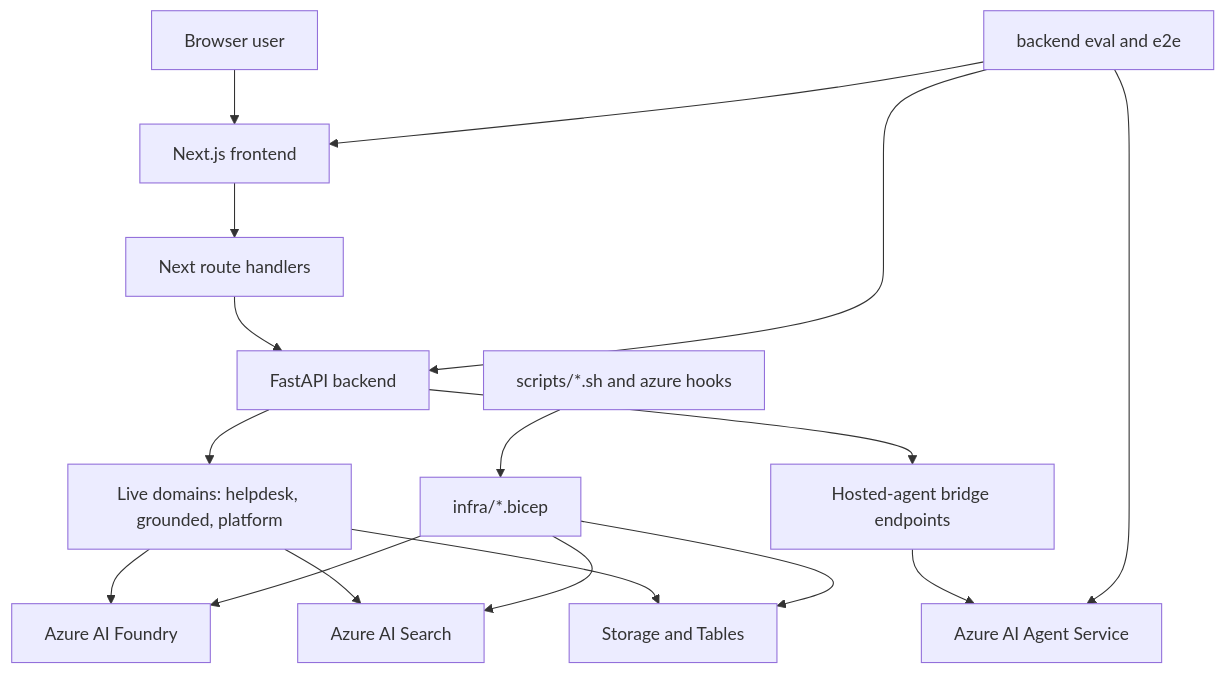
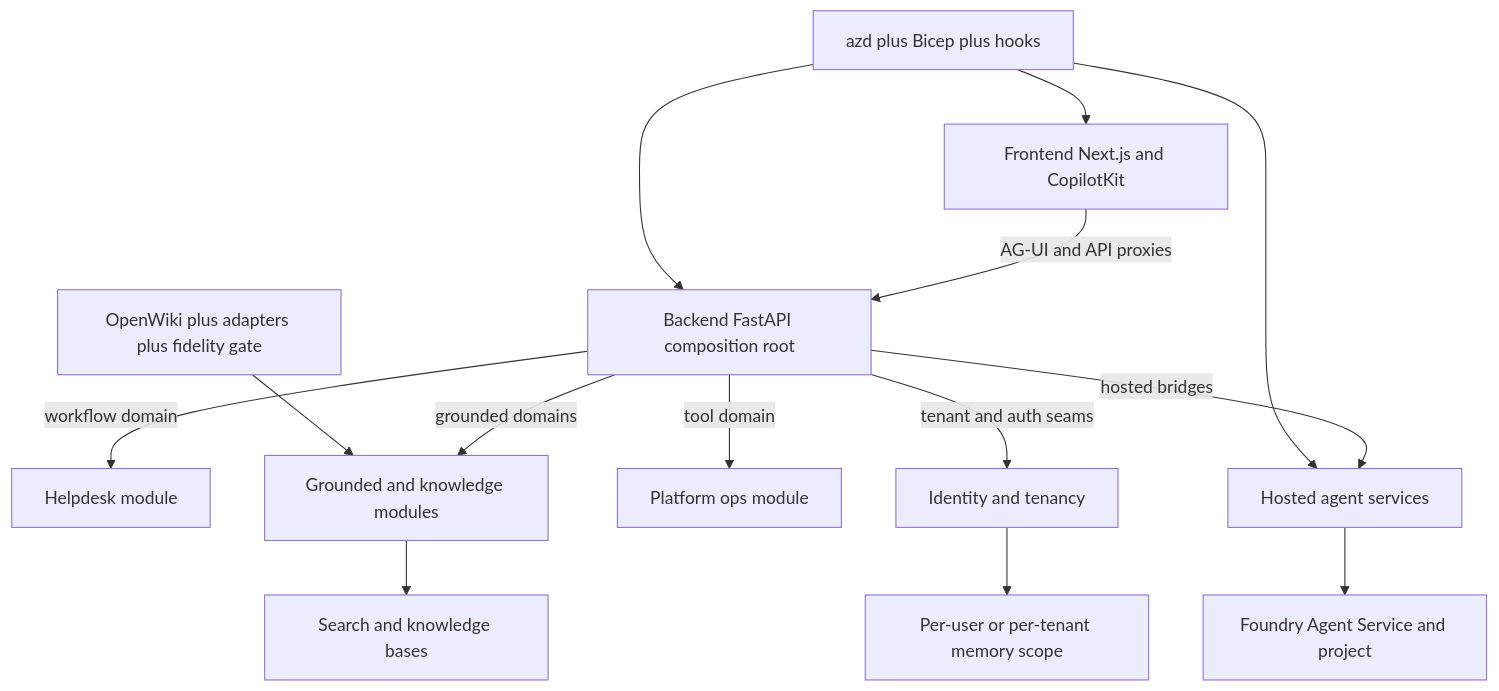
The diagram in openwiki/architecture/overview.md (ruinosus/foundry-assured), drawn with Mermaid before and after one commit. The commit also changed other lines of this file and 60 other files, not shown here.

````diff
--- a/openwiki/architecture/overview.md
+++ b/openwiki/architecture/overview.md
@@ -20,19 +22,16 @@
 ```mermaid
 flowchart TD
-  Browser["Browser user"] --> NextUI["Next.js frontend"]
-  NextUI --> Proxy["Next route handlers"]
-  Proxy --> FastAPI["FastAPI backend"]
-  FastAPI --> LiveDomains["Live domains: helpdesk, grounded, platform"]
-  FastAPI --> HostedBridge["Hosted-agent bridge endpoints"]
-  LiveDomains --> Foundry["Azure AI Foundry"]
-  LiveDomains --> Search["Azure AI Search"]
-  LiveDomains --> Storage["Storage and Tables"]
-  HostedBridge --> AgentService["Azure AI Agent Service"]
-  Bicep["infra/*.bicep"] --> Foundry
-  Bicep --> Search
-  Bicep --> Storage
-  Scripts["scripts/*.sh and azure hooks"] --> Bicep
-  Eval["backend eval and e2e"] --> FastAPI
-  Eval --> NextUI
-  Eval --> AgentService
+  FE["Frontend Next.js and CopilotKit"] -->|"AG-UI and API proxies"| BE["Backend FastAPI composition root"]
+  BE -->|"workflow domain"| HD["Helpdesk module"]
+  BE -->|"grounded domains"| GD["Grounded and knowledge modules"]
+  BE -->|"tool domain"| PO["Platform ops module"]
+  BE -->|"hosted bridges"| HA["Hosted agent services"]
+  BE -->|"tenant and auth seams"| ID["Identity and tenancy"]
+  HA --> FDY["Foundry Agent Service and project"]
+  GD --> SRCH["Search and knowledge bases"]
+  ID --> MEM["Per-user or per-tenant memory scope"]
+  AZD["azd plus Bicep plus hooks"] --> FE
+  AZD --> BE
+  AZD --> HA
+  OW["OpenWiki plus adapters plus fidelity gate"] --> GD
 ```
````
